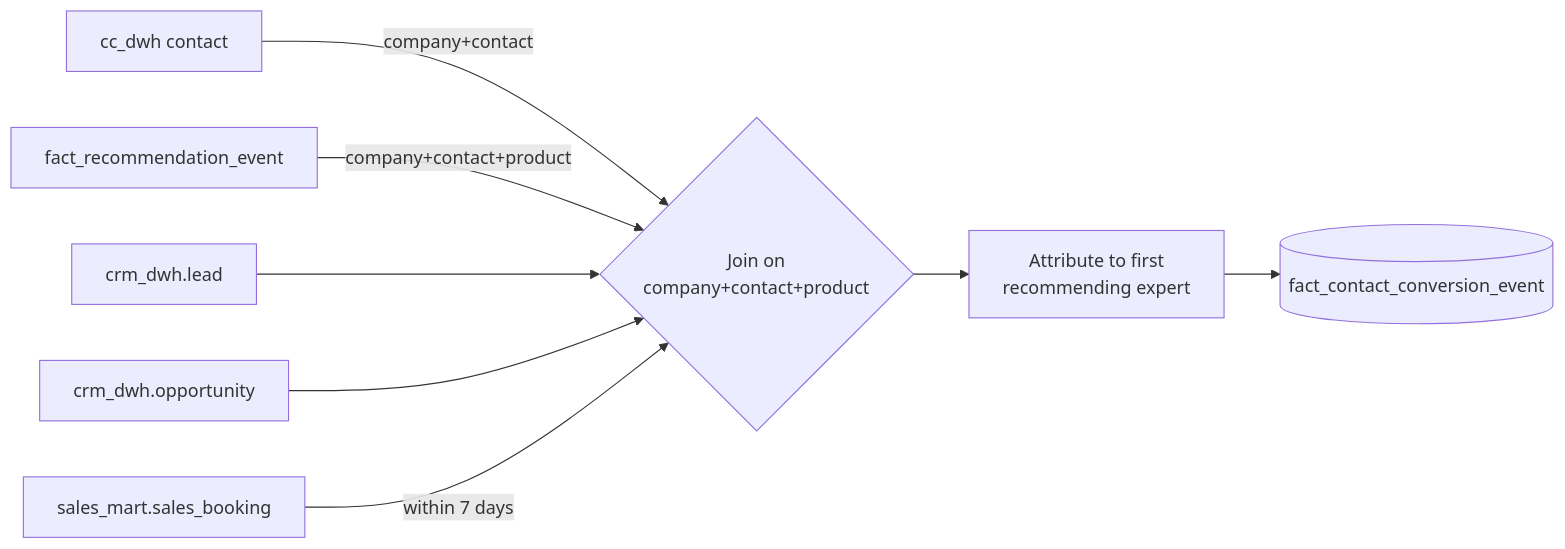
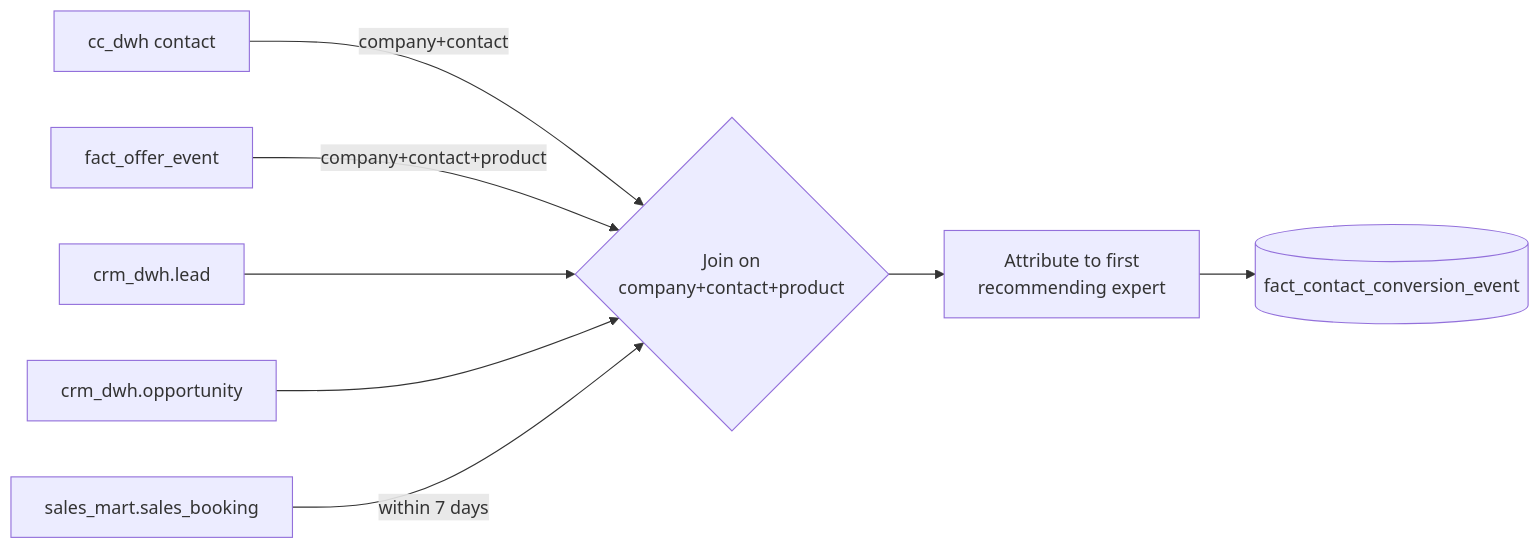
One commit to sharath-dataengineer/enterprise-data-foundation changed the diagram in design/source-to-target.md. Above: the diagram before and after it, drawn with Mermaid. The commit also changed other lines of this file and 15 other files, not shown here.

Commit message:
Remove internal file extensions (.ssp, .adapt) and anonymize all table/schema names

````diff
--- a/design/source-to-target.md
+++ b/design/source-to-target.md
@@ -34,10 +34,10 @@
 ```mermaid
 flowchart LR
     CC[cc_dwh contact] -->|company+contact| J1
-    REC[fact_recommendation_event] -->|company+contact+product| J1{Join on<br/>company+contact+product}
+    REC[fact_offer_event] -->|company+contact+product| J1{Join on<br/>company+contact+product}
     LEAD[crm_dwh.lead] --> J1
     OPP[crm_dwh.opportunity] --> J1
     ORD[sales_mart.sales_booking] -->|within 7 days| J1
     J1 --> ATTR[Attribute to first<br/>recommending expert]
     ATTR --> FC[(fact_contact_conversion_event)]
 ```
````
